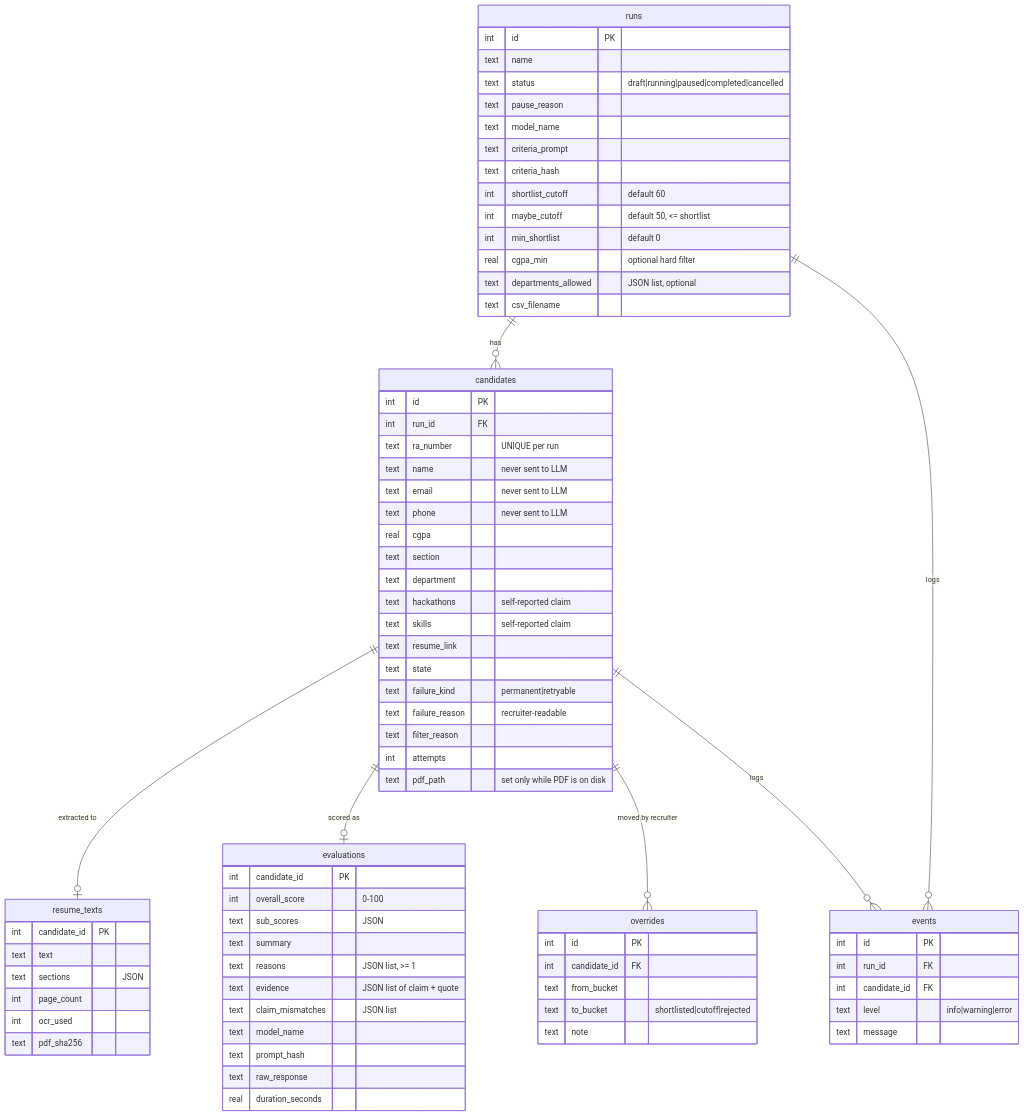
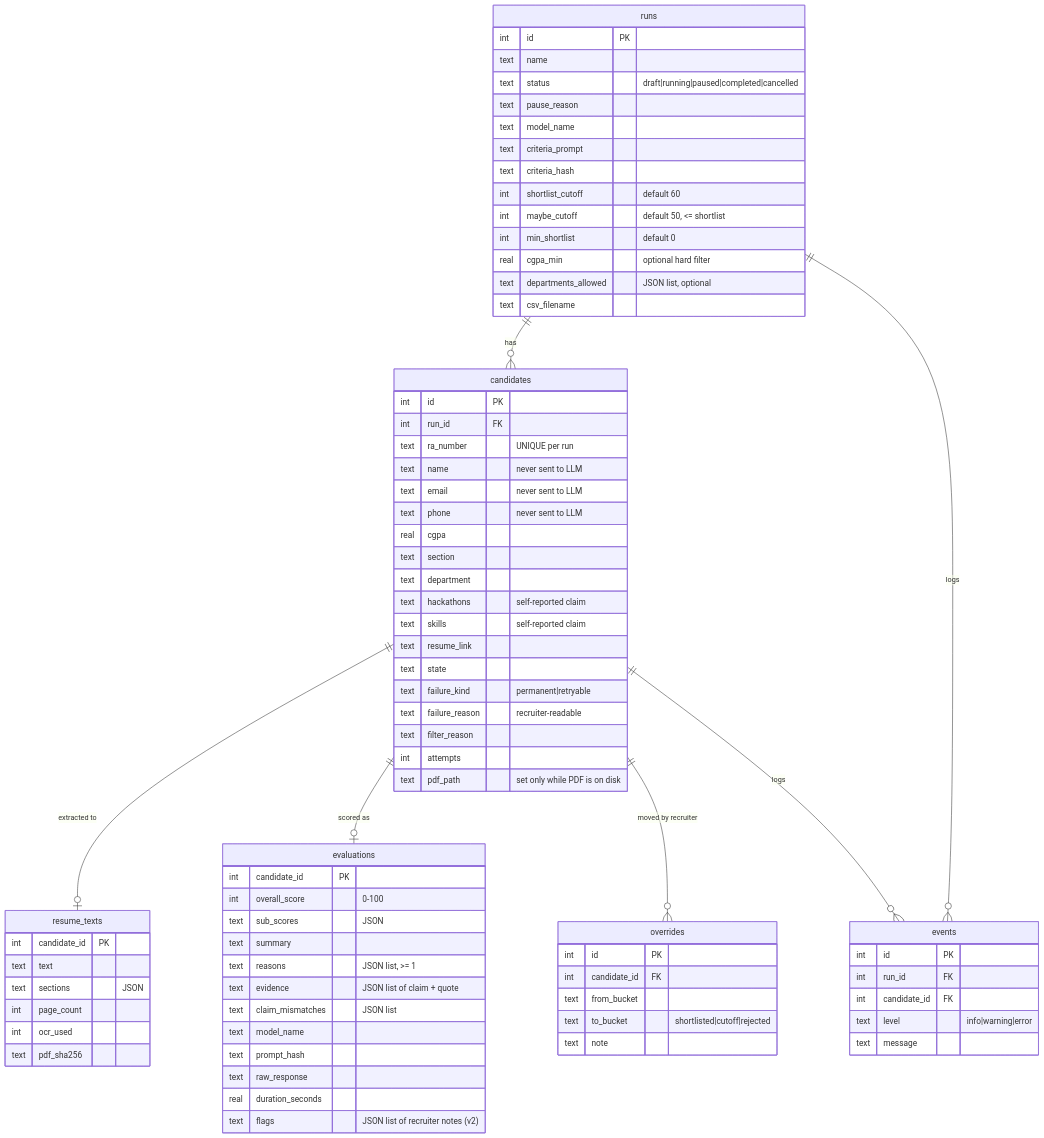
The fourth of 13 diagrams in ARCHITECTURE.md (Aryan27-max/Atlas), drawn with Mermaid before and after one commit. The commit also changed other lines of this file and 17 other files, not shown here.

````diff
--- a/ARCHITECTURE.md
+++ b/ARCHITECTURE.md
@@ -163,80 +163,81 @@
 ```mermaid
 erDiagram
     runs ||--o{ candidates : has
     runs ||--o{ events : logs
     candidates ||--o| resume_texts : "extracted to"
     candidates ||--o| evaluations : "scored as"
     candidates ||--o{ overrides : "moved by recruiter"
     candidates ||--o{ events : logs
 
     runs {
         int id PK
         text name
         text status "draft|running|paused|completed|cancelled"
         text pause_reason
         text model_name
         text criteria_prompt
         text criteria_hash
         int shortlist_cutoff "default 60"
         int maybe_cutoff "default 50, <= shortlist"
         int min_shortlist "default 0"
         real cgpa_min "optional hard filter"
         text departments_allowed "JSON list, optional"
         text csv_filename
     }
     candidates {
         int id PK
         int run_id FK
         text ra_number "UNIQUE per run"
         text name "never sent to LLM"
         text email "never sent to LLM"
         text phone "never sent to LLM"
         real cgpa
         text section
         text department
         text hackathons "self-reported claim"
         text skills "self-reported claim"
         text resume_link
         text state
         text failure_kind "permanent|retryable"
         text failure_reason "recruiter-readable"
         text filter_reason
         int attempts
         text pdf_path "set only while PDF is on disk"
     }
     resume_texts {
         int candidate_id PK
         text text
         text sections "JSON"
         int page_count
         int ocr_used
         text pdf_sha256
     }
     evaluations {
         int candidate_id PK
         int overall_score "0-100"
         text sub_scores "JSON"
         text summary
         text reasons "JSON list, >= 1"
         text evidence "JSON list of claim + quote"
         text claim_mismatches "JSON list"
         text model_name
         text prompt_hash
         text raw_response
         real duration_seconds
+        text flags "JSON list of recruiter notes (v2)"
     }
     overrides {
         int id PK
         int candidate_id FK
         text from_bucket
         text to_bucket "shortlisted|cutoff|rejected"
         text note
     }
     events {
         int id PK
         int run_id FK
         int candidate_id FK
         text level "info|warning|error"
         text message
     }
 ```
````
